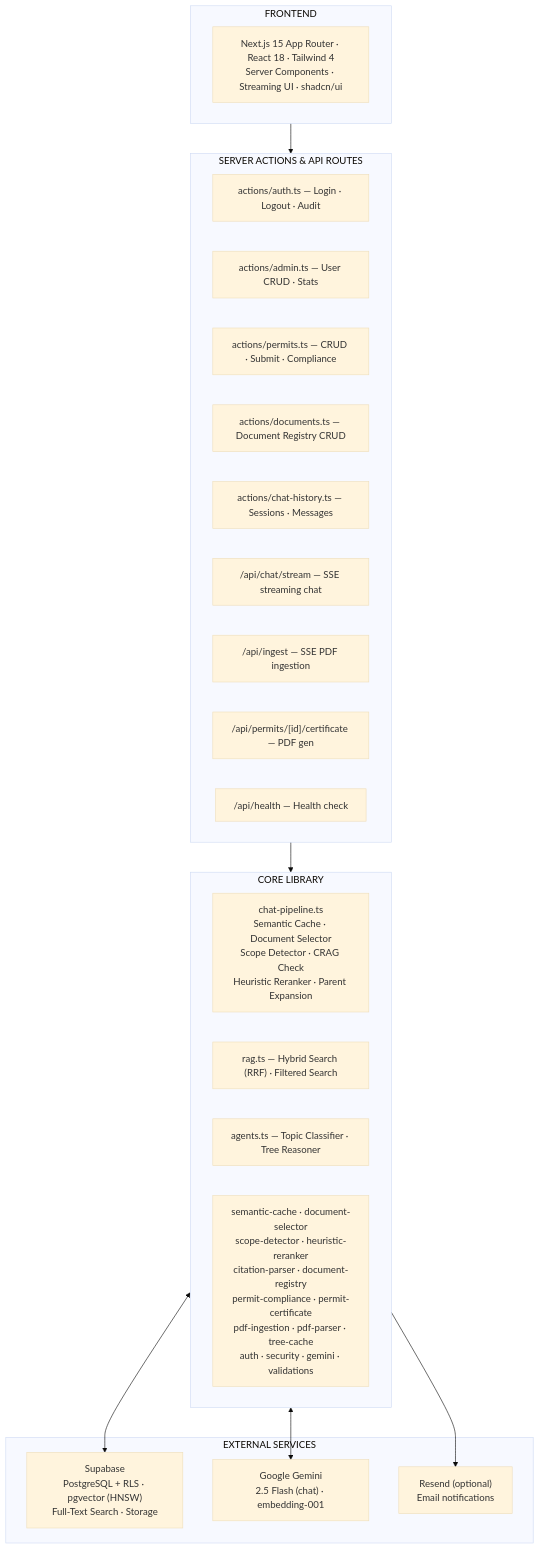
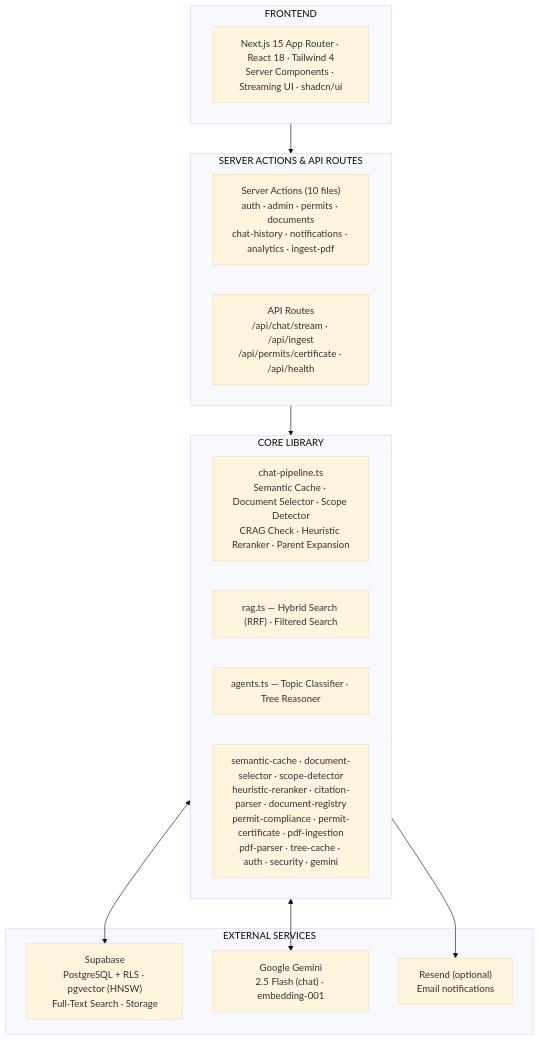
The first of 4 diagrams in README.md (MakazhanAlpamys/Permit-Forge), drawn with Mermaid (base theme) before and after one commit.

Commit message:
docs: compact System Overview diagram — group server actions and API routes

````diff
--- a/README.md
+++ b/README.md
@@ -261,37 +261,30 @@
 ```mermaid
 graph TB
     subgraph Frontend["FRONTEND"]
         FE["Next.js 15 App Router · React 18 · Tailwind 4<br/>Server Components · Streaming UI · shadcn/ui"]
     end
 
     subgraph Server["SERVER ACTIONS & API ROUTES"]
-        SA1["actions/auth.ts — Login · Logout · Audit"]
-        SA2["actions/admin.ts — User CRUD · Stats"]
-        SA3["actions/permits.ts — CRUD · Submit · Compliance"]
-        SA4["actions/documents.ts — Document Registry CRUD"]
-        SA5["actions/chat-history.ts — Sessions · Messages"]
-        API1["/api/chat/stream — SSE streaming chat"]
-        API2["/api/ingest — SSE PDF ingestion"]
-        API3["/api/permits/[id]/certificate — PDF gen"]
-        API4["/api/health — Health check"]
+        SA["Server Actions (10 files)<br/>auth · admin · permits · documents<br/>chat-history · notifications · analytics · ingest-pdf"]
+        API["API Routes<br/>/api/chat/stream · /api/ingest<br/>/api/permits/certificate · /api/health"]
     end
 
     subgraph Core["CORE LIBRARY"]
-        CP["chat-pipeline.ts<br/>Semantic Cache · Document Selector<br/>Scope Detector · CRAG Check<br/>Heuristic Reranker · Parent Expansion"]
+        CP["chat-pipeline.ts<br/>Semantic Cache · Document Selector · Scope Detector<br/>CRAG Check · Heuristic Reranker · Parent Expansion"]
         RAG["rag.ts — Hybrid Search (RRF) · Filtered Search"]
         AG["agents.ts — Topic Classifier · Tree Reasoner"]
-        OTHER["semantic-cache · document-selector<br/>scope-detector · heuristic-reranker<br/>citation-parser · document-registry<br/>permit-compliance · permit-certificate<br/>pdf-ingestion · pdf-parser · tree-cache<br/>auth · security · gemini · validations"]
+        OTHER["semantic-cache · document-selector · scope-detector<br/>heuristic-reranker · citation-parser · document-registry<br/>permit-compliance · permit-certificate · pdf-ingestion<br/>pdf-parser · tree-cache · auth · security · gemini"]
     end
 
     subgraph External["EXTERNAL SERVICES"]
         SB["Supabase<br/>PostgreSQL + RLS · pgvector (HNSW)<br/>Full-Text Search · Storage"]
         GM["Google Gemini<br/>2.5 Flash (chat) · embedding-001"]
         RS["Resend (optional)<br/>Email notifications"]
     end
 
     Frontend --> Server
     Server --> Core
     Core <--> SB
     Core <--> GM
     Core --> RS
 ```
````
